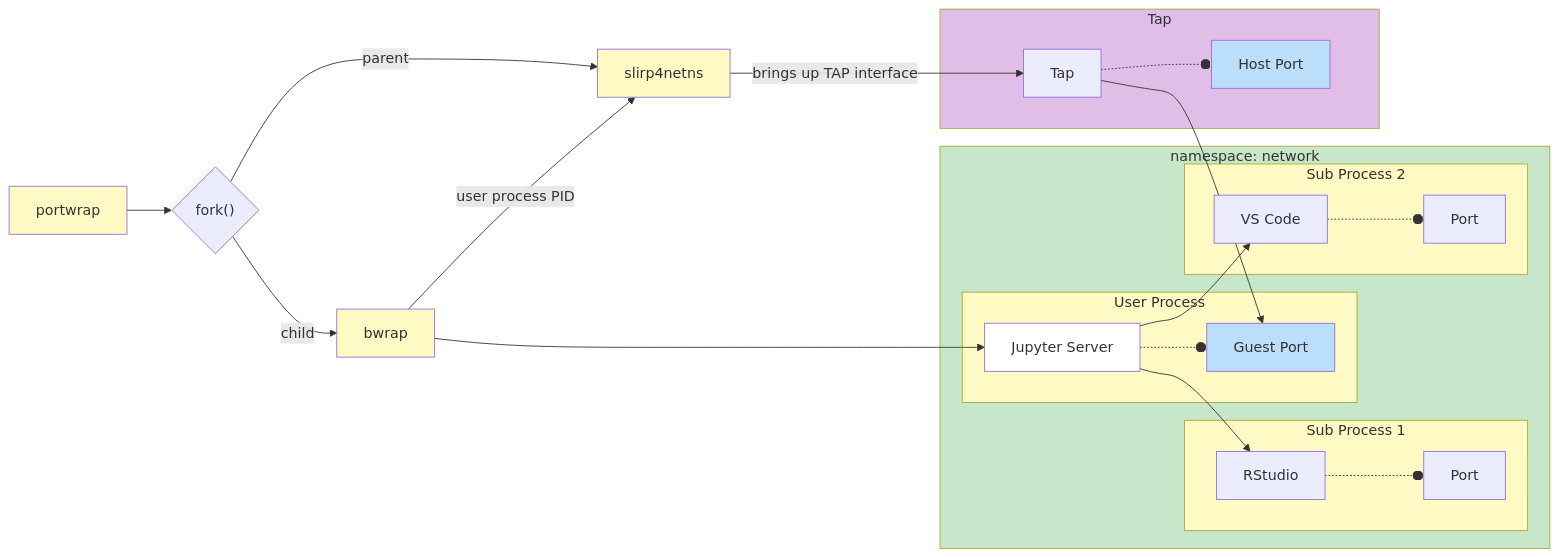
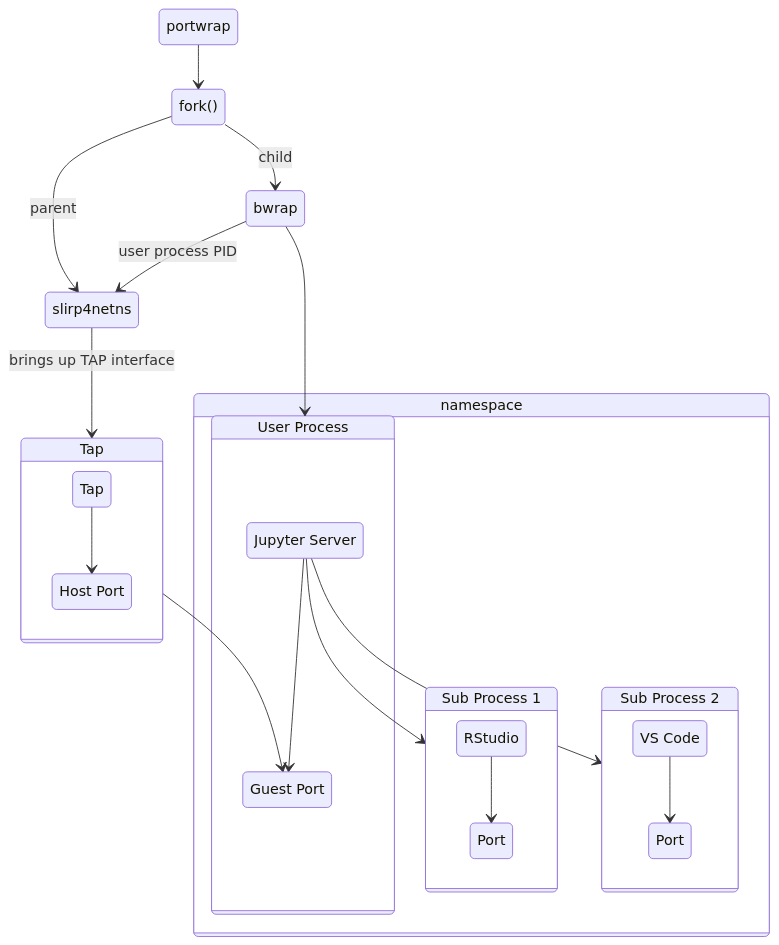
One commit to ryanlovett/portwrap changed the diagram in README.md. Above: the diagram before and after it, drawn with Mermaid.

Commit message:
Use stateDiagram.
This seems to be a better match for the items and flow.

````diff
--- a/README.md
+++ b/README.md
@@ -12,52 +12,68 @@
 ```mermaid
----
-config:
-  layout: fixed
----
-flowchart LR
- subgraph subGraph0["User Process"]
-        guest-port["Guest Port"]
-        process["Jupyter Server"]
-  end
- subgraph subGraph1["Sub Process 1"]
-        sp1-port["Port"]
-        sub-process-1["RStudio"]
-  end
- subgraph subGraph2["Sub Process 2"]
-        sp2-port["Port"]
-        sub-process-2["VS Code"]
-  end
- subgraph namespace_network["namespace: network"]
-        subGraph0
-        subGraph1
-        subGraph2
-  end
- subgraph tapGraph["Tap"]
-        tap["Tap"]
-        host-port["Host Port"]
-  end
-    process -.-o guest-port
-    process --> sub-process-1 & sub-process-2
-    sub-process-1 -.-o sp1-port
-    sub-process-2 -.-o sp2-port
-    tap -.-o host-port
-    tap --> guest-port
-    portwrap["portwrap"] --> fork["fork()"]
-    fork -- parent --> slirp4netns["slirp4netns"]
-    fork -- child --> bwrap["bwrap"]
-    bwrap --> process
-    slirp4netns -- brings up TAP interface --> tap
-    bwrap -- user process PID --> slirp4netns
-    fork@{ shape: diam}
-    style guest-port fill:#BBDEFB
-    style process fill:#FFFFFF
-    style subGraph0 fill:#FFF9C4
-    style subGraph1 fill:#FFF9C4
-    style subGraph2 fill:#FFF9C4
-    style host-port fill:#BBDEFB
-    style portwrap fill:#FFF9C4
-    style slirp4netns fill:#FFF9C4
-    style bwrap fill:#FFF9C4
-    style namespace_network fill:#C8E6C9
-    style tapGraph fill:#E1BEE7
+stateDiagram
+  direction TB
+  state User_Process {
+    direction TB
+    process --> guest_port
+    guest_port
+    process
+  }
+  state Sub_Process_1 {
+    direction TB
+    sub_process_1 --> sp1_port
+    sp1_port
+    sub_process_1
+  }
+  state Sub_Process_2 {
+    direction TB
+    sub_process_2 --> sp2_port
+    sp2_port
+    sub_process_2
+  }
+  state namespace {
+    direction TB
+    process --> Sub_Process_1
+    process --> Sub_Process_2
+    state User_Process {
+      direction TB
+      guest_port
+      process
+    }
+    state Sub_Process_1 {
+      direction TB
+      sp1_port
+      sub_process_1
+    }
+    state Sub_Process_2 {
+      direction TB
+      sp2_port
+      sub_process_2
+    }
+  }
+  state TapGraph {
+    direction TB
+    tap --> host_port
+    tap
+    host_port
+  }
+  TapGraph --> guest_port
+  portwrap --> fork
+  fork --> slirp4netns:parent
+  fork --> bwrap:child
+  bwrap --> User_Process
+  slirp4netns --> TapGraph:brings up TAP interface
+  bwrap --> slirp4netns:user process PID
+  fork:fork()
+  User_Process:User Process
+  guest_port:Guest Port
+  process:Jupyter Server
+  Sub_Process_1:Sub Process 1
+  sp1_port:Port
+  sub_process_1:RStudio
+  Sub_Process_2:Sub Process 2
+  sp2_port:Port
+  sub_process_2:VS Code
+  TapGraph:Tap
+  tap:Tap
+  host_port:Host Port
 ```
````
